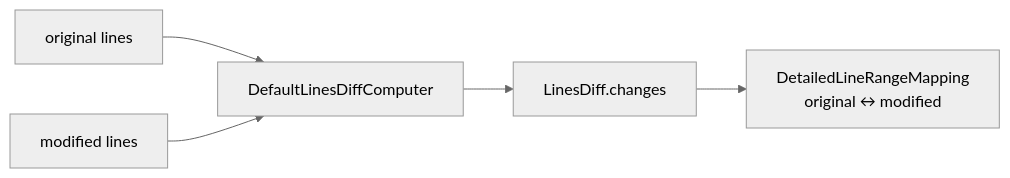
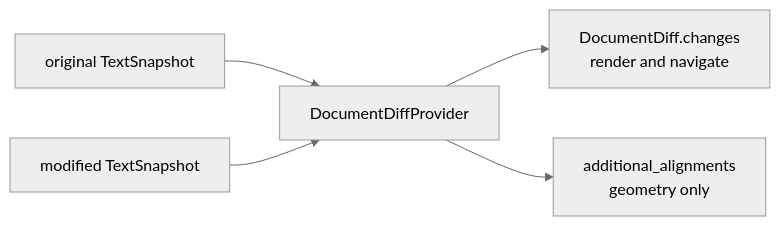
Before and after one commit to 0717lee/openseek: the diagram in editor/viewer/common/diff/README.mbt.md, drawn with Mermaid (neutral theme). The commit also changed other lines of this file and 304 other files, not shown here.

````diff
--- a/editor/viewer/common/diff/README.mbt.md
+++ b/editor/viewer/common/diff/README.mbt.md
@@ -9,7 +6,7 @@
 ```mermaid
 flowchart LR
-  O["original lines"] --> C["DefaultLinesDiffComputer"]
-  M["modified lines"] --> C
-  C --> R["LinesDiff.changes"]
-  R --> D["DetailedLineRangeMapping<br>original ↔ modified"]
+  O["original TextSnapshot"] --> P["DocumentDiffProvider"]
+  M["modified TextSnapshot"] --> P
+  P --> C["DocumentDiff.changes<br/>render and navigate"]
+  P --> A["additional_alignments<br/>geometry only"]
 ```
````
